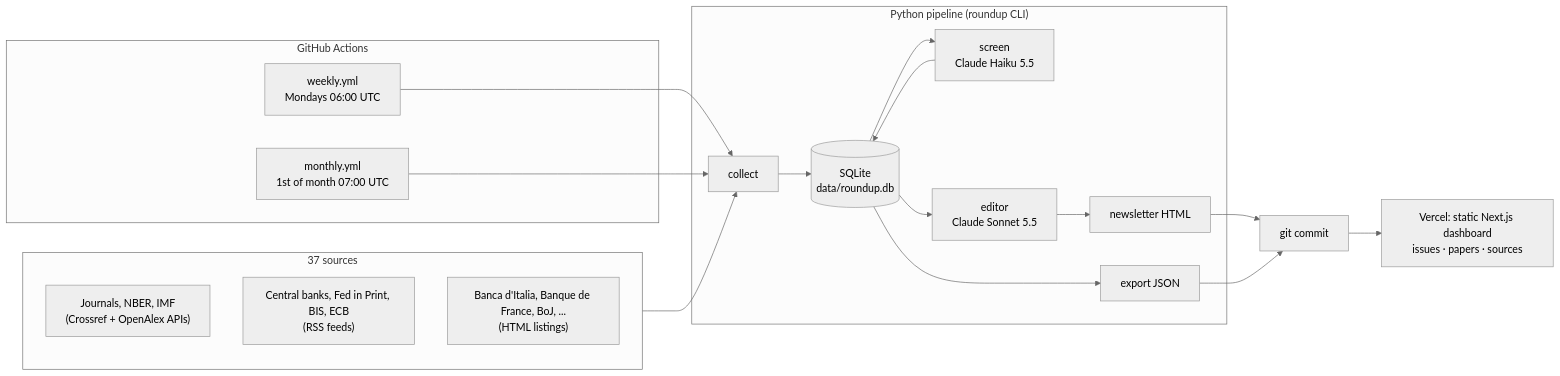
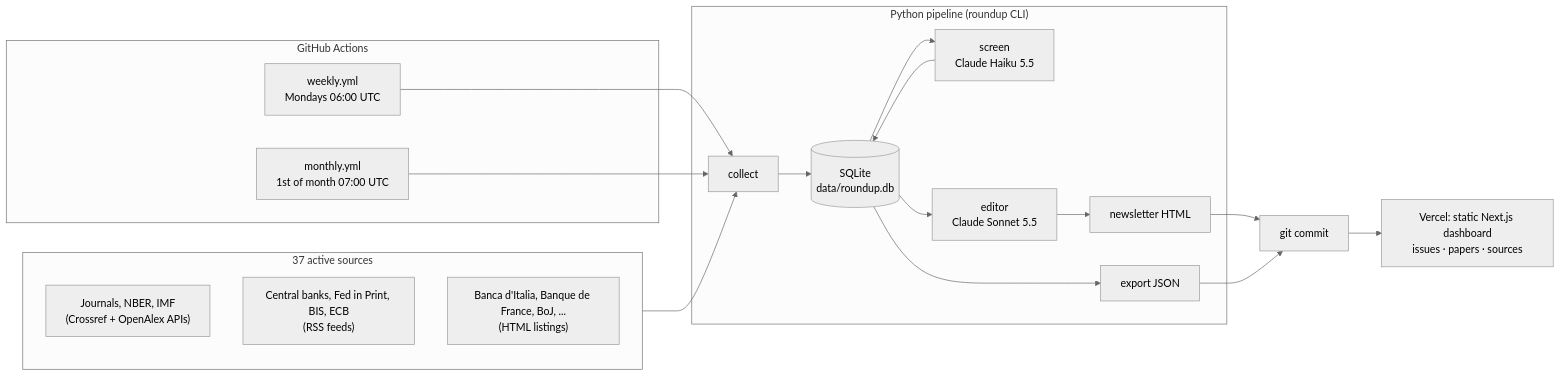
One commit to Kami2Kc/research-roundup changed the diagram in README.md. Above: the diagram before and after it, drawn with Mermaid (neutral theme). The commit also changed other lines of this file and 29 other files, not shown here.

````diff
--- a/README.md
+++ b/README.md
@@ -27,27 +27,27 @@
 ```mermaid
 flowchart LR
-    subgraph sources["37 sources"]
+    subgraph sources["37 active sources"]
         api["Journals, NBER, IMF<br/>(Crossref + OpenAlex APIs)"]
         rss["Central banks, Fed in Print, BIS, ECB<br/>(RSS feeds)"]
         web["Banca d'Italia, Banque de France, BoJ, ...<br/>(HTML listings)"]
     end
 
     subgraph actions["GitHub Actions"]
         weekly["weekly.yml<br/>Mondays 06:00 UTC"]
         monthly["monthly.yml<br/>1st of month 07:00 UTC"]
     end
 
     subgraph pipeline["Python pipeline (roundup CLI)"]
         collect["collect"] --> db[("SQLite<br/>data/roundup.db")]
         db --> screen["screen<br/>Claude Haiku 5.5"] --> db
         db --> editor["editor<br/>Claude Sonnet 5.5"] --> html["newsletter HTML"]
         db --> export["export JSON"]
     end
 
     sources --> collect
     weekly --> collect
     monthly --> collect
     html --> git["git commit"]
     export --> git
     git --> vercel["Vercel: static Next.js dashboard<br/>issues · papers · sources"]
 ```
````
